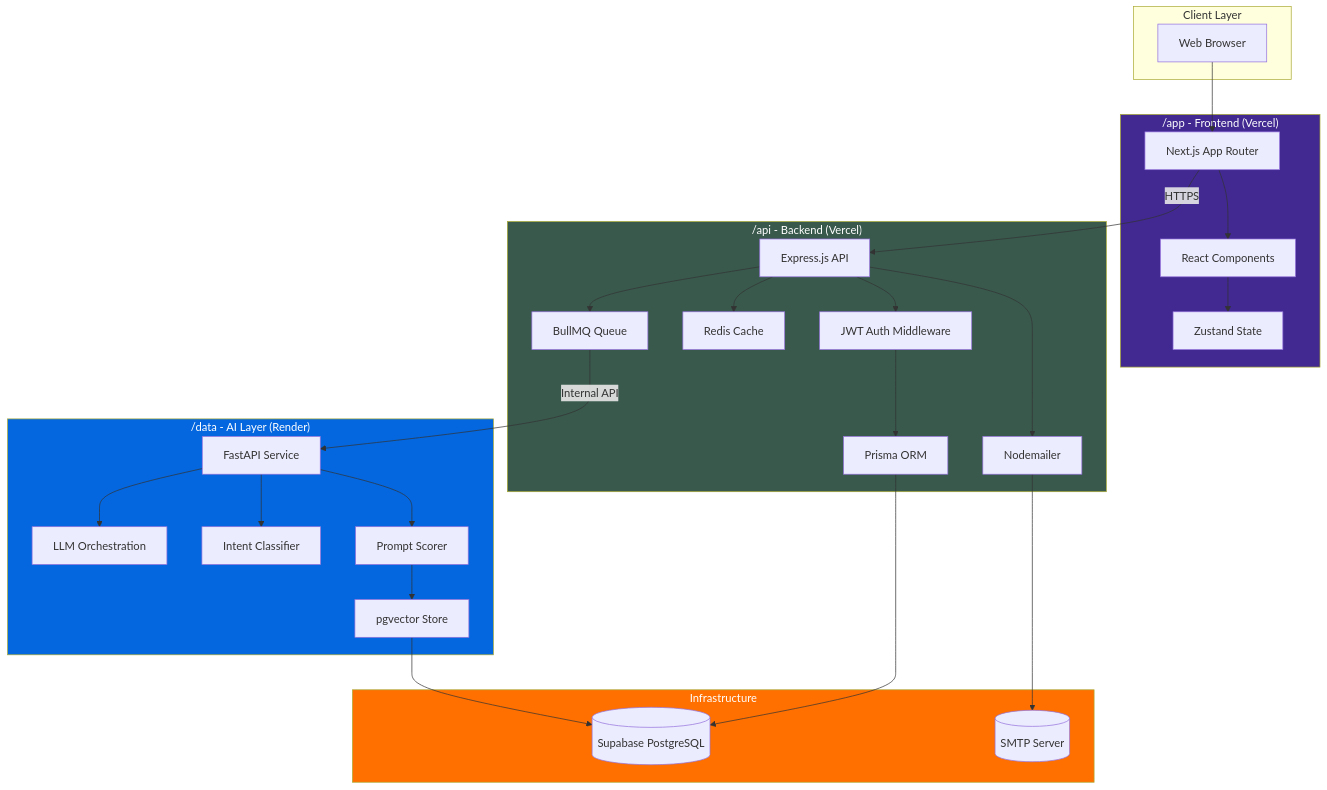
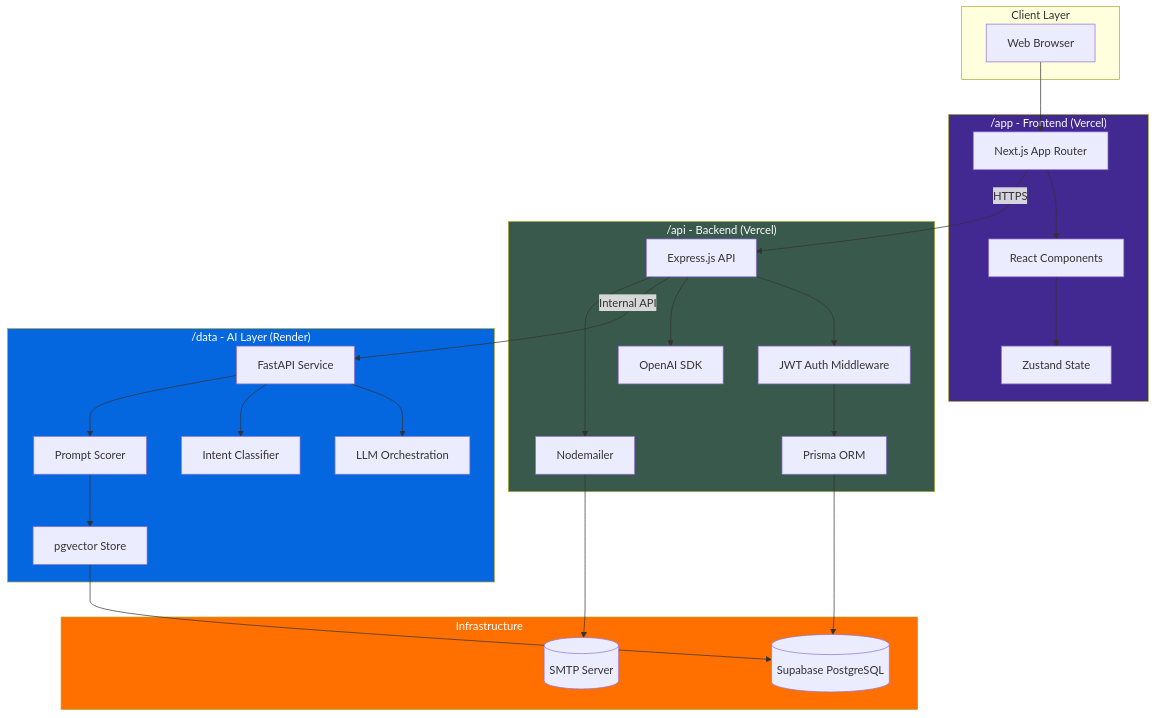
The first of 5 diagrams in README.md (oyedokunken/Prompt-AI), drawn with Mermaid before and after one commit. The commit also changed other lines of this file and 9 other files, not shown here.

First line of the commit message:
feat: OpenAI chat, /api deployed to Vercel, tech stack README, env wired

````diff
--- a/README.md
+++ b/README.md
@@ -64,57 +64,55 @@
 ```mermaid
 graph TB
     subgraph Client["Client Layer"]
         Browser["Web Browser"]
     end
 
     subgraph App["/app - Frontend (Vercel)"]
         NextJS["Next.js App Router"]
         Zustand["Zustand State"]
         UI["React Components"]
     end
 
     subgraph API["/api - Backend (Vercel)"]
         Express["Express.js API"]
         Auth["JWT Auth Middleware"]
         Prisma["Prisma ORM"]
-        Redis["Redis Cache"]
-        BullMQ["BullMQ Queue"]
         Nodemailer["Nodemailer"]
+        OpenAI["OpenAI SDK"]
     end
 
     subgraph Data["/data - AI Layer (Render)"]
         FastAPI["FastAPI Service"]
         LLM["LLM Orchestration"]
         Classifier["Intent Classifier"]
         Scorer["Prompt Scorer"]
         Vector["pgvector Store"]
     end
 
     subgraph Infra["Infrastructure"]
         Supabase[(Supabase PostgreSQL)]
         SMTP[(SMTP Server)]
     end
 
     Browser --> NextJS
     NextJS --> UI
     UI --> Zustand
     NextJS -->|HTTPS| Express
     Express --> Auth
     Auth --> Prisma
     Prisma --> Supabase
-    Express --> Redis
-    Express --> BullMQ
-    BullMQ -->|Internal API| FastAPI
+    Express --> OpenAI
+    Express -->|Internal API| FastAPI
     FastAPI --> LLM
     FastAPI --> Classifier
     FastAPI --> Scorer
     Scorer --> Vector
     Vector --> Supabase
     Express --> Nodemailer
     Nodemailer --> SMTP
 
     style App fill:#412991,color:#fff
     style API fill:#39594D,color:#fff
     style Data fill:#0467DF,color:#fff
     style Infra fill:#FF7000,color:#fff
 ```
````
